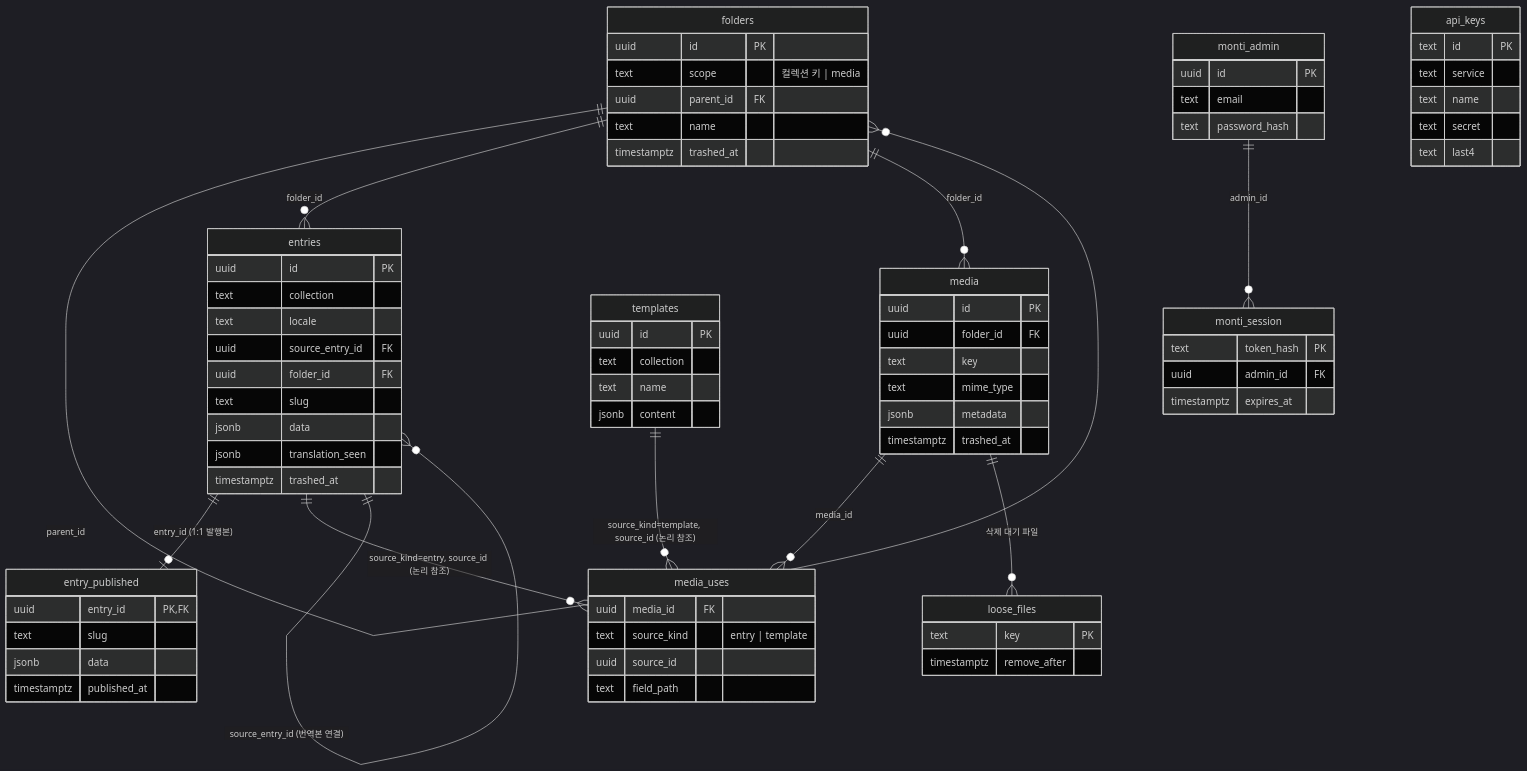
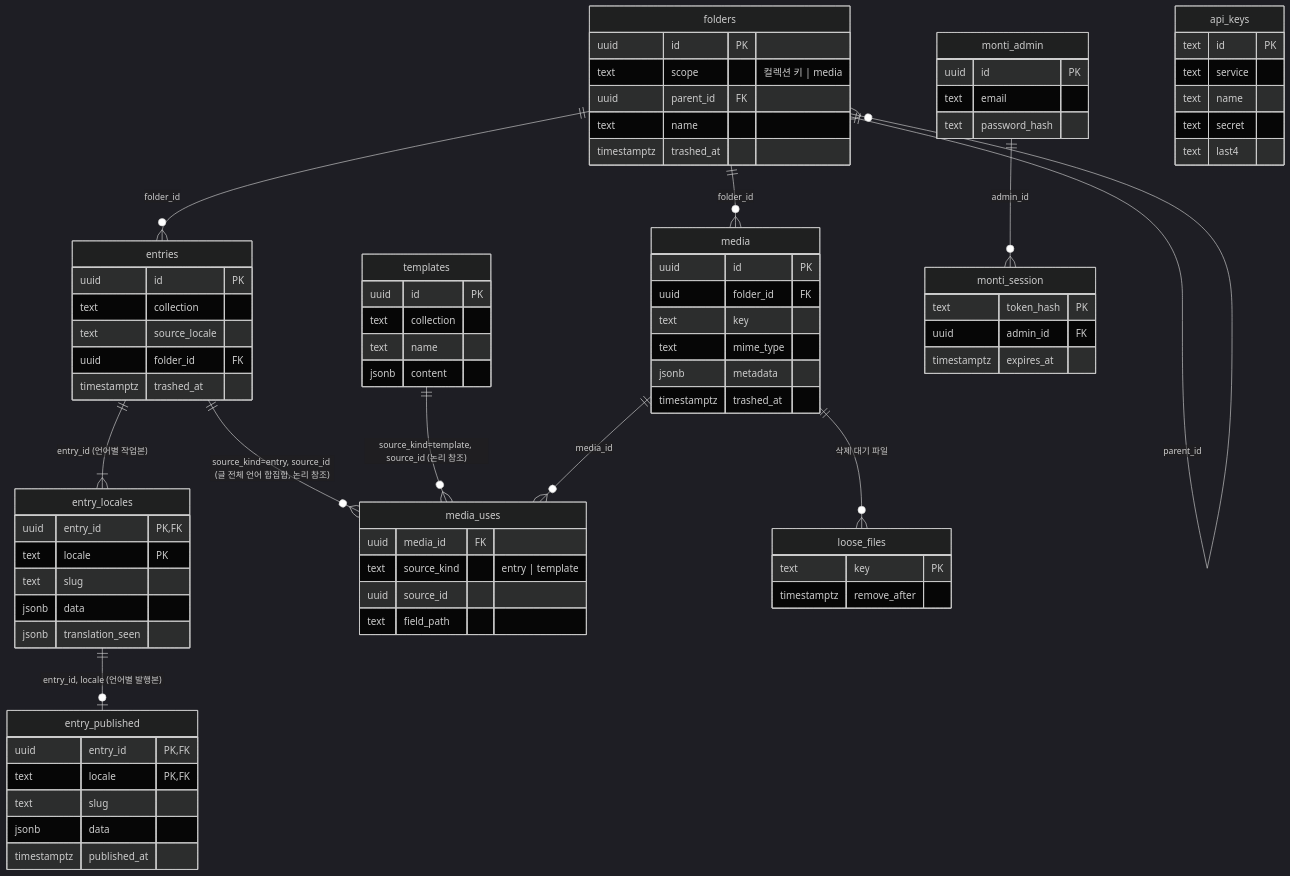
Before and after one commit to monti-cms/monti: the second of 3 diagrams in docs/refactor/core.md, drawn with Mermaid (dark theme). The commit also changed other lines of this file and 2 other files, not shown here.

Commit message:
docs(core): adopt entries + entry_locales + entry_published model

```diff
--- a/docs/refactor/core.md
+++ b/docs/refactor/core.md
@@ -274,9 +275,9 @@
   folders ||--o{ entries : "folder_id"
   folders ||--o{ media : "folder_id"
 
-  entries ||--o| entry_published : "entry_id (1:1 발행본)"
-  entries ||--o{ media_uses : "source_kind=entry, source_id (논리 참조)"
-  entries ||--o{ entries : "source_entry_id (번역본 연결)"
+  entries ||--|{ entry_locales : "entry_id (언어별 작업본)"
+  entry_locales ||--o| entry_published : "entry_id, locale (언어별 발행본)"
+  entries ||--o{ media_uses : "source_kind=entry, source_id (글 전체 언어 합집합, 논리 참조)"
 
   templates ||--o{ media_uses : "source_kind=template, source_id (논리 참조)"
   media ||--o{ media_uses : "media_id"
@@ -287,17 +288,22 @@
   entries {
     uuid id PK
     text collection
-    text locale
-    uuid source_entry_id FK
+    text source_locale
     uuid folder_id FK
+    timestamptz trashed_at
+  }
+
+  entry_locales {
+    uuid entry_id PK,FK
+    text locale PK
     text slug
     jsonb data
     jsonb translation_seen
-    timestamptz trashed_at
   }
 
   entry_published {
     uuid entry_id PK,FK
+    text locale PK,FK
     text slug
     jsonb data
     timestamptz published_at
```
